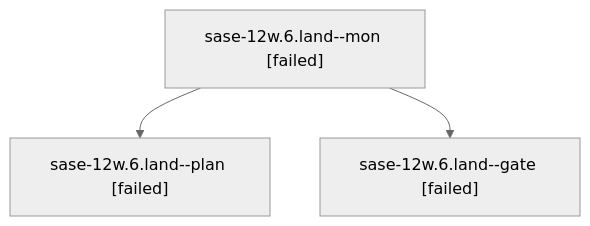
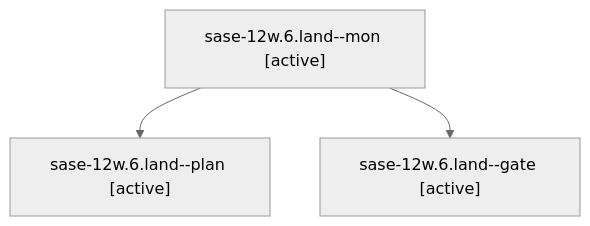
One commit to sase-org/sase--agents changed the diagram in families/bbugyi200.athena.sase-12w.6.land.md. Above: the diagram before and after it, drawn with Mermaid (neutral theme). The commit also changed other lines of this file and 35830 other files, not shown here.

````diff
--- a/families/bbugyi200.athena.sase-12w.6.land.md
+++ b/families/bbugyi200.athena.sase-12w.6.land.md
@@ -9,8 +9,8 @@
 ```mermaid
 flowchart TD
-  n0["sase-12w.6.land--mon [failed]"]
-  n1["sase-12w.6.land--plan [failed]"]
+  n0["sase-12w.6.land--mon [active]"]
+  n1["sase-12w.6.land--plan [active]"]
   n0 --> n1
-  n2["sase-12w.6.land--gate [failed]"]
+  n2["sase-12w.6.land--gate [active]"]
   n0 --> n2
 ```
````
